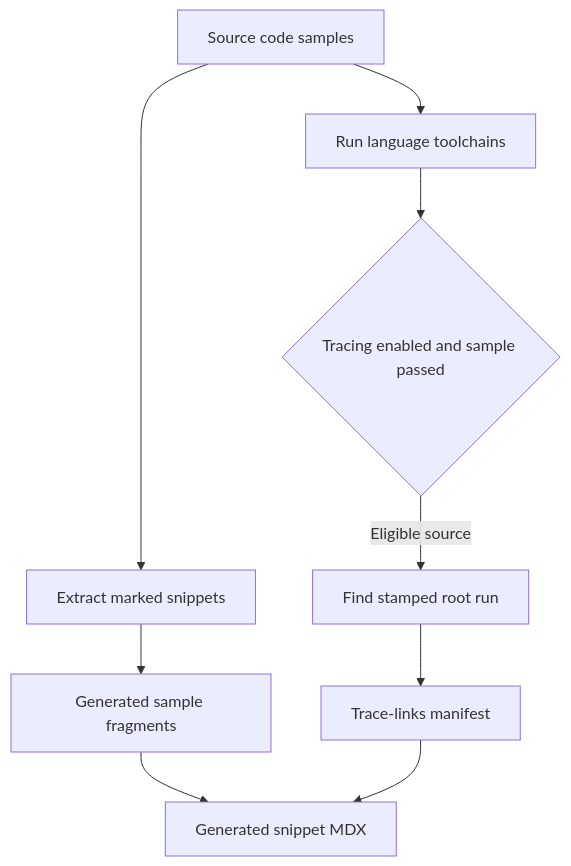
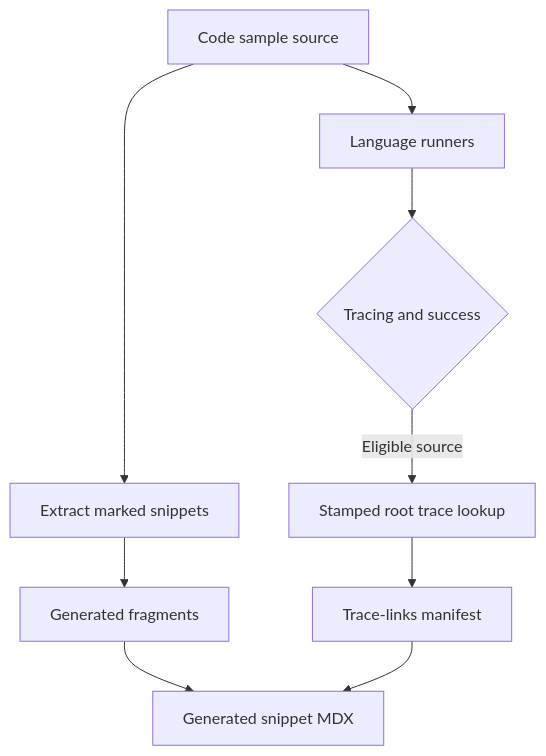
The second of 2 diagrams in openwiki/operations/cli-tools.md (langchain-ai/docs), drawn with Mermaid before and after one commit. The commit also changed other lines of this file and 47 other files, not shown here.

````diff
--- a/openwiki/operations/cli-tools.md
+++ b/openwiki/operations/cli-tools.md
@@ -185,11 +147,11 @@
 ```mermaid
 flowchart TD
-  Source["Source code samples"] --> Extract["Extract marked snippets"]
-  Extract --> Intermediate["Generated sample fragments"]
+  Source["Code sample source"] --> Extract["Extract marked snippets"]
+  Extract --> Intermediate["Generated fragments"]
   Intermediate --> MDX["Generated snippet MDX"]
-  Source --> Test["Run language toolchains"]
-  Test --> Gate{"Tracing enabled and sample passed"}
-  Gate -->|"Eligible source"| Find["Find stamped root run"]
-  Find --> Manifest["Trace-links manifest"]
+  Source --> Test["Language runners"]
+  Test --> Gate{"Tracing and success"}
+  Gate -->|"Eligible source"| Trace["Stamped root trace lookup"]
+  Trace --> Manifest["Trace-links manifest"]
   Manifest --> MDX
 ```
````
